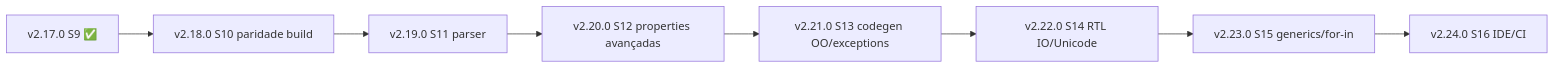
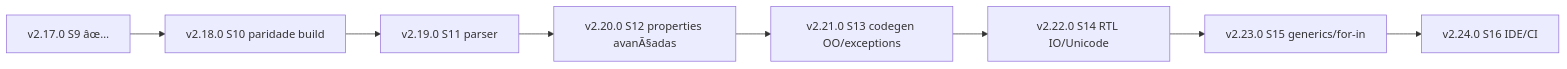
Before and after one commit to diegoernani/crabpascal: the diagram in technical-debt/backlog.mdx, drawn with Mermaid. The commit also changed other lines of this file, not shown here.

````diff
--- a/technical-debt/backlog.mdx
+++ b/technical-debt/backlog.mdx
@@ -96,10 +96,10 @@
 ```mermaid
 flowchart LR
-  v217[v2.17.0 S9 ✅] --> v218[v2.18.0 S10 paridade build]
+  v217[v2.17.0 S9 âœ…] --> v218[v2.18.0 S10 paridade build]
   v218 --> v219[v2.19.0 S11 parser]
-  v219 --> v220[v2.20.0 S12 properties avançadas]
+  v219 --> v220[v2.20.0 S12 properties avanÃ§adas]
   v220 --> v221[v2.21.0 S13 codegen OO/exceptions]
   v221 --> v222[v2.22.0 S14 RTL IO/Unicode]
   v222 --> v223[v2.23.0 S15 generics/for-in]
   v223 --> v224[v2.24.0 S16 IDE/CI]
 ```
````
